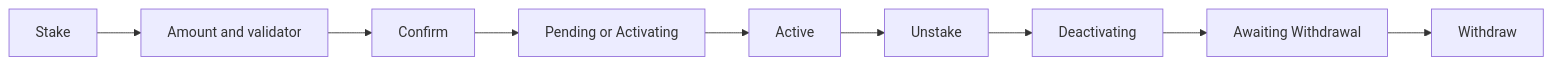
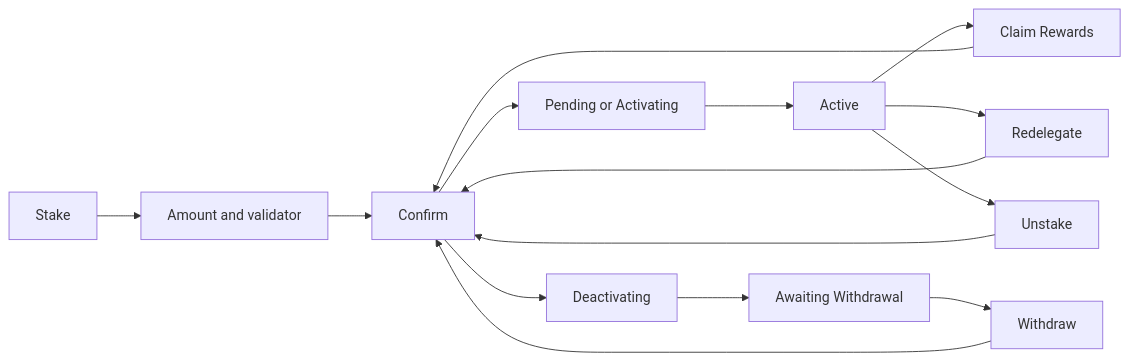
Before and after one commit to gemwalletcom/wallet: the diagram in docs/product/staking.md, drawn with Mermaid. The commit also changed 10 other files, not shown here.

Commit message:
Extend the product diagrams with the decline, reject and failure branches

````diff
--- a/docs/product/staking.md
+++ b/docs/product/staking.md
@@ -5,5 +5,7 @@
 ```mermaid
 flowchart LR
     A[Stake] --> B[Amount and validator] --> C[Confirm] --> D[Pending or Activating] --> E[Active]
-    E --> F[Unstake] --> G[Deactivating] --> H[Awaiting Withdrawal] --> I[Withdraw]
+    E --> F[Claim Rewards] --> C
+    E --> G[Redelegate] --> C
+    E --> H[Unstake] --> C --> I[Deactivating] --> J[Awaiting Withdrawal] --> K[Withdraw] --> C
 ```
````
